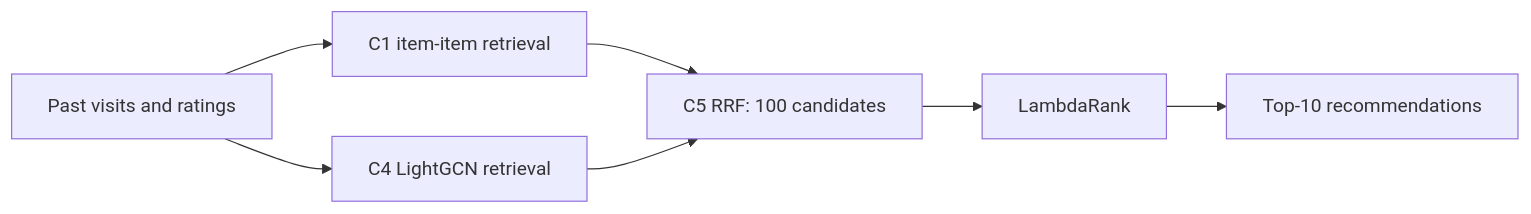
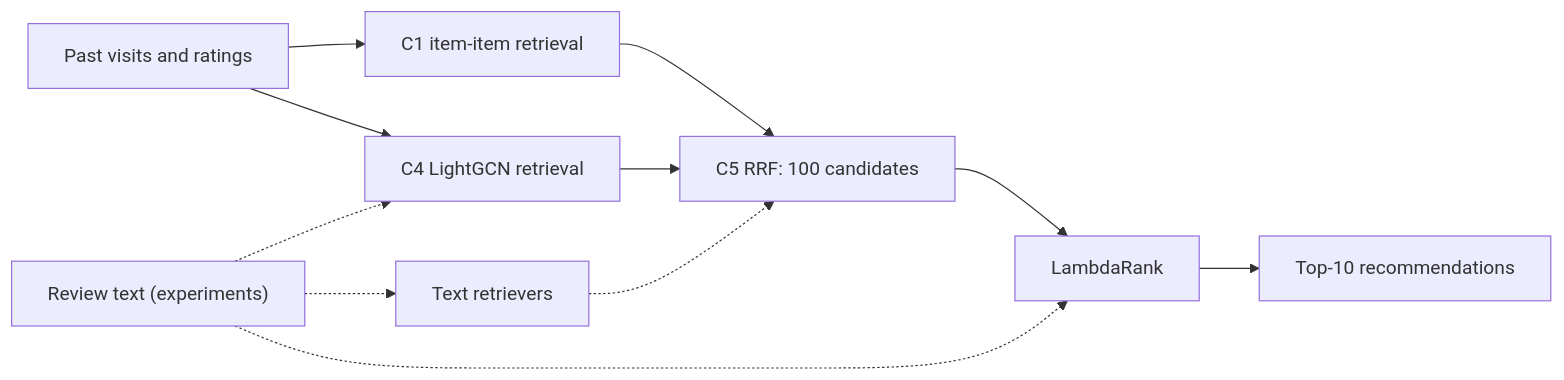
The diagram in projects/rating_recsys/README.md (han942/ai-ds-projects), drawn with Mermaid before and after one commit. The commit also changed other lines of this file and 30 other files, not shown here.

````diff
--- a/projects/rating_recsys/README.md
+++ b/projects/rating_recsys/README.md
@@ -29,9 +16,13 @@
 ```mermaid
 flowchart LR
     A[Past visits and ratings] --> B[C1 item-item retrieval]
     A --> C[C4 LightGCN retrieval]
     B --> D[C5 RRF: 100 candidates]
     C --> D
     D --> E[LambdaRank]
     E --> F[Top-10 recommendations]
+    R["Review text (experiments)"] -.-> T[Text retrievers]
+    T -.-> D
+    R -.-> C
+    R -.-> E
 ```
````
